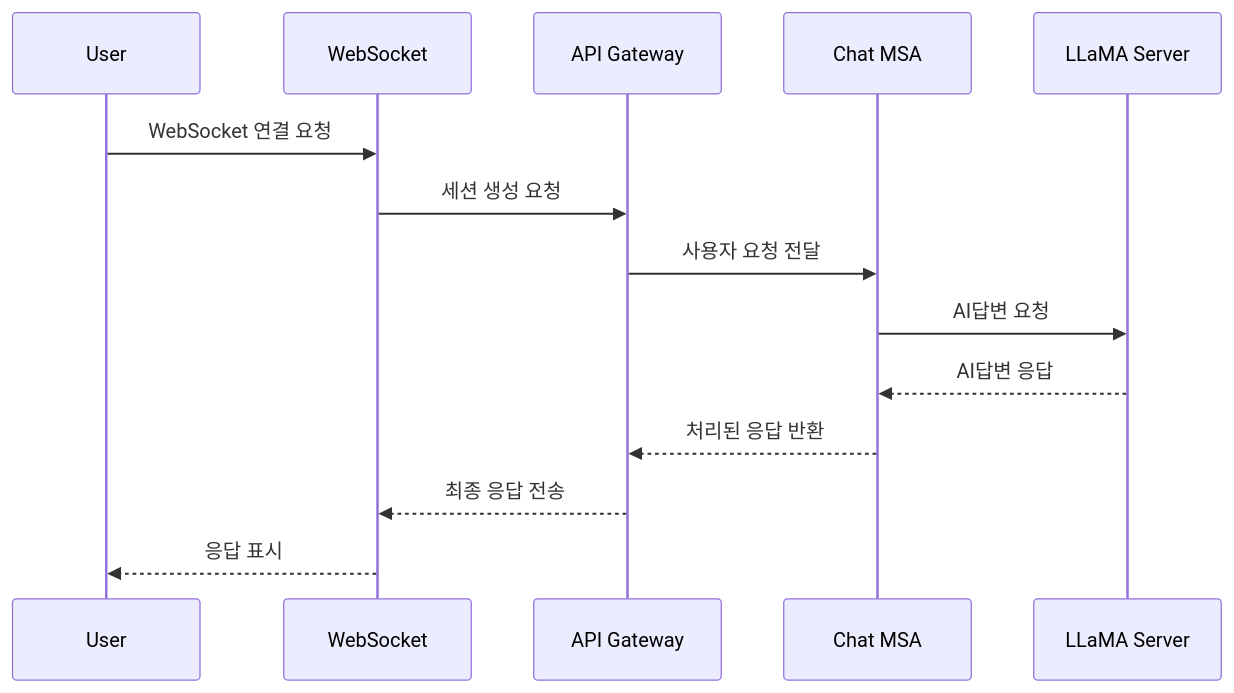
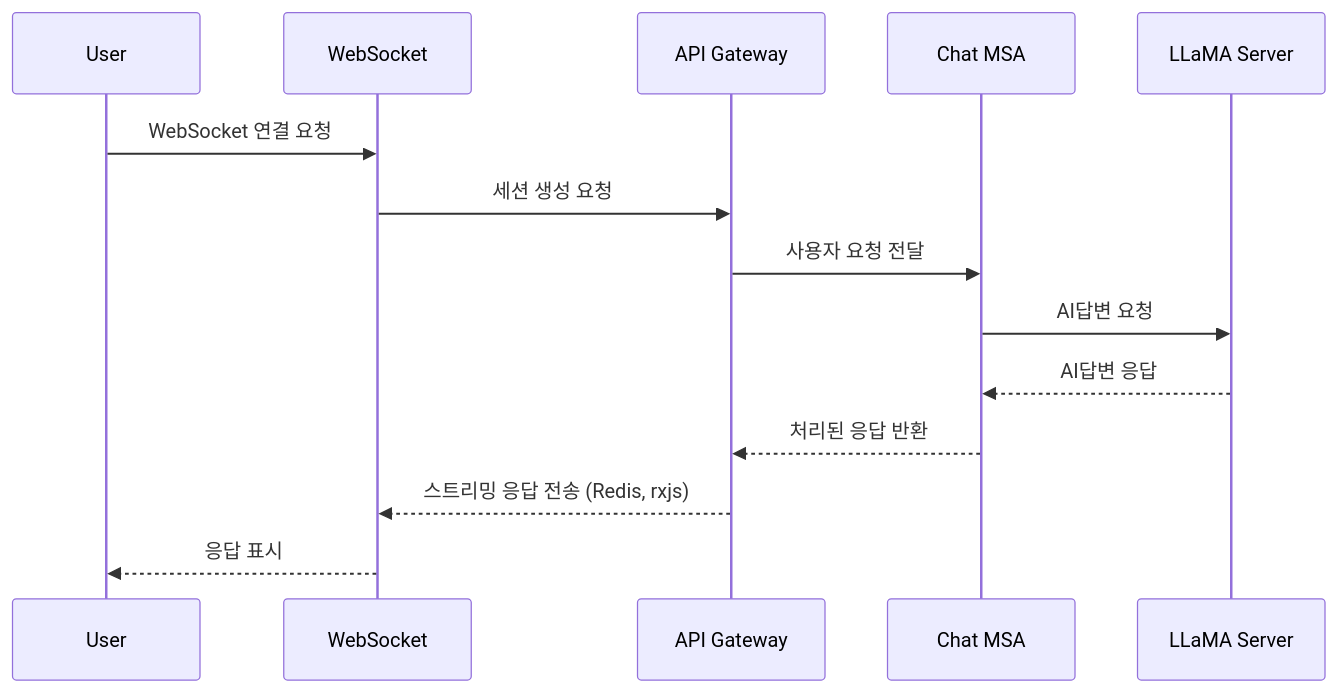
Before and after one commit to devonyou/codesaga: the second of 2 diagrams in README.md, drawn with Mermaid. The commit also changed other lines of this file and 36 other files, not shown here.

````diff
--- a/README.md
+++ b/README.md
@@ -148,17 +41,17 @@
 ```mermaid
 sequenceDiagram
     participant User
     participant WebSocket
     participant API Gateway
     participant Chat MSA
     participant LLaMA Server
 
     User->>WebSocket: WebSocket 연결 요청
     WebSocket->>API Gateway: 세션 생성 요청
     API Gateway->>Chat MSA: 사용자 요청 전달
     Chat MSA->>LLaMA Server: AI답변 요청
     LLaMA Server-->>Chat MSA: AI답변 응답
     Chat MSA-->>API Gateway: 처리된 응답 반환
-    API Gateway-->>WebSocket: 최종 응답 전송
+    API Gateway-->>WebSocket: 스트리밍 응답 전송 (Redis, rxjs)
     WebSocket-->>User: 응답 표시
 ```
````
